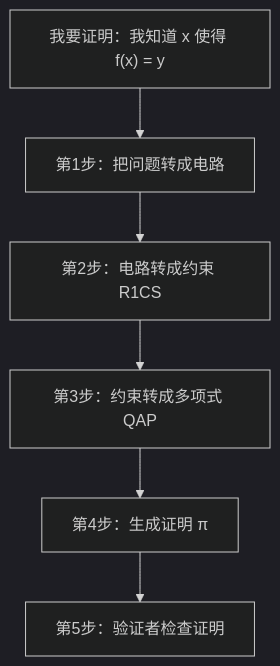
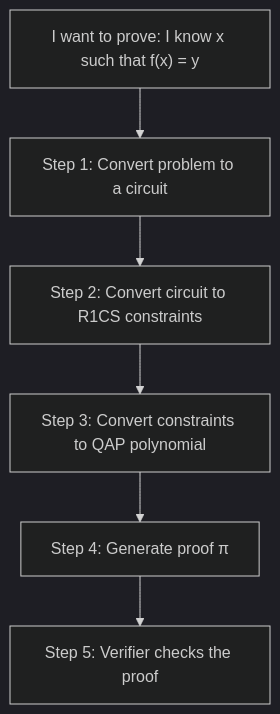
One commit to stars-labs/cryptograph-onboarding-trainning changed the third of 4 diagrams in docs/cryptography/zkp.mdx. Above: the diagram before and after it, drawn with Mermaid (dark theme). The commit also changed other lines of this file and 15 other files, not shown here.

````diff
--- a/docs/cryptography/zkp.mdx
+++ b/docs/cryptography/zkp.mdx
@@ -274,8 +274,8 @@
 ```mermaid
 flowchart TD
-    A["我要证明：我知道 x 使得 f(x) = y"] --> B["第1步：把问题转成电路"]
-    B --> C["第2步：电路转成约束 R1CS"]
-    C --> D["第3步：约束转成多项式 QAP"]
-    D --> E["第4步：生成证明 π"]
-    E --> F["第5步：验证者检查证明"]
+    A["I want to prove: I know x such that f(x) = y"] --> B["Step 1: Convert problem to a circuit"]
+    B --> C["Step 2: Convert circuit to R1CS constraints"]
+    C --> D["Step 3: Convert constraints to QAP polynomial"]
+    D --> E["Step 4: Generate proof π"]
+    E --> F["Step 5: Verifier checks the proof"]
 ```
````
